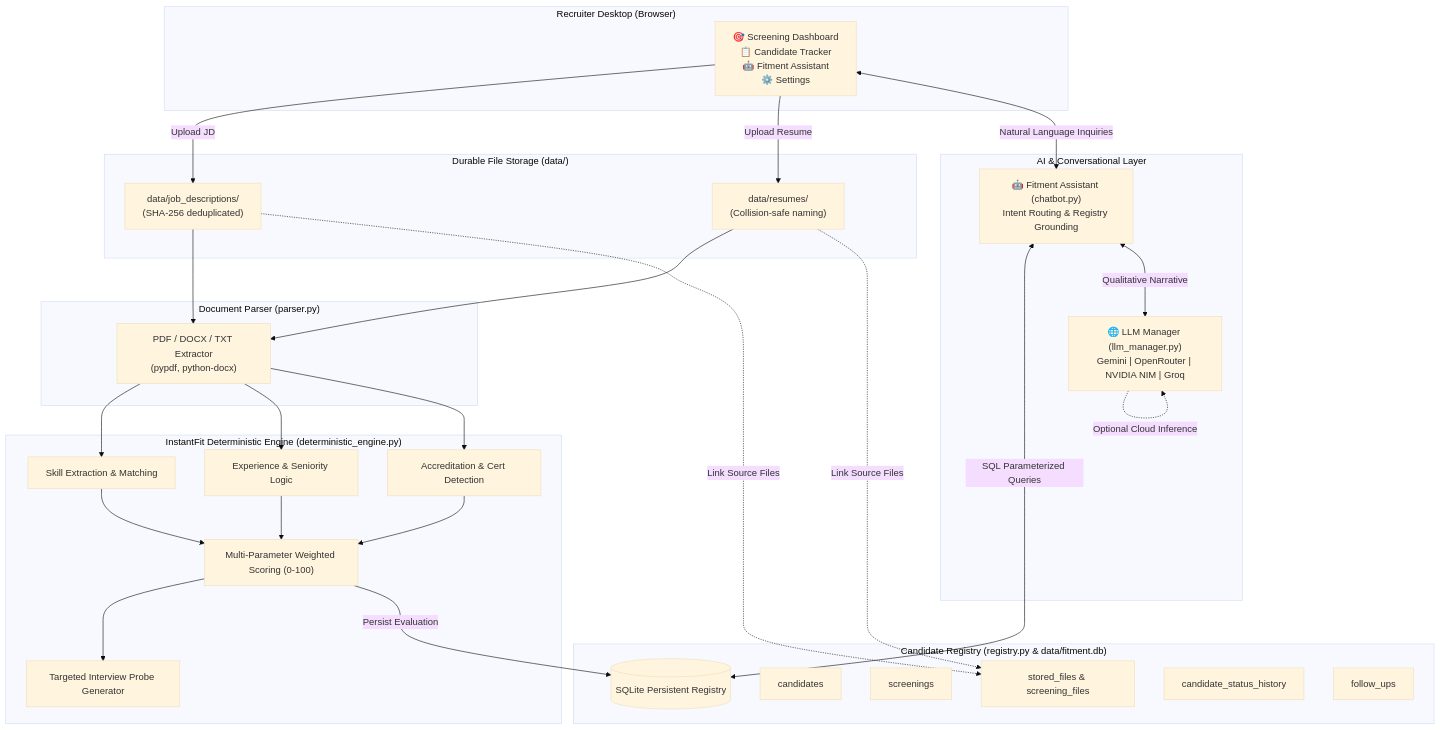
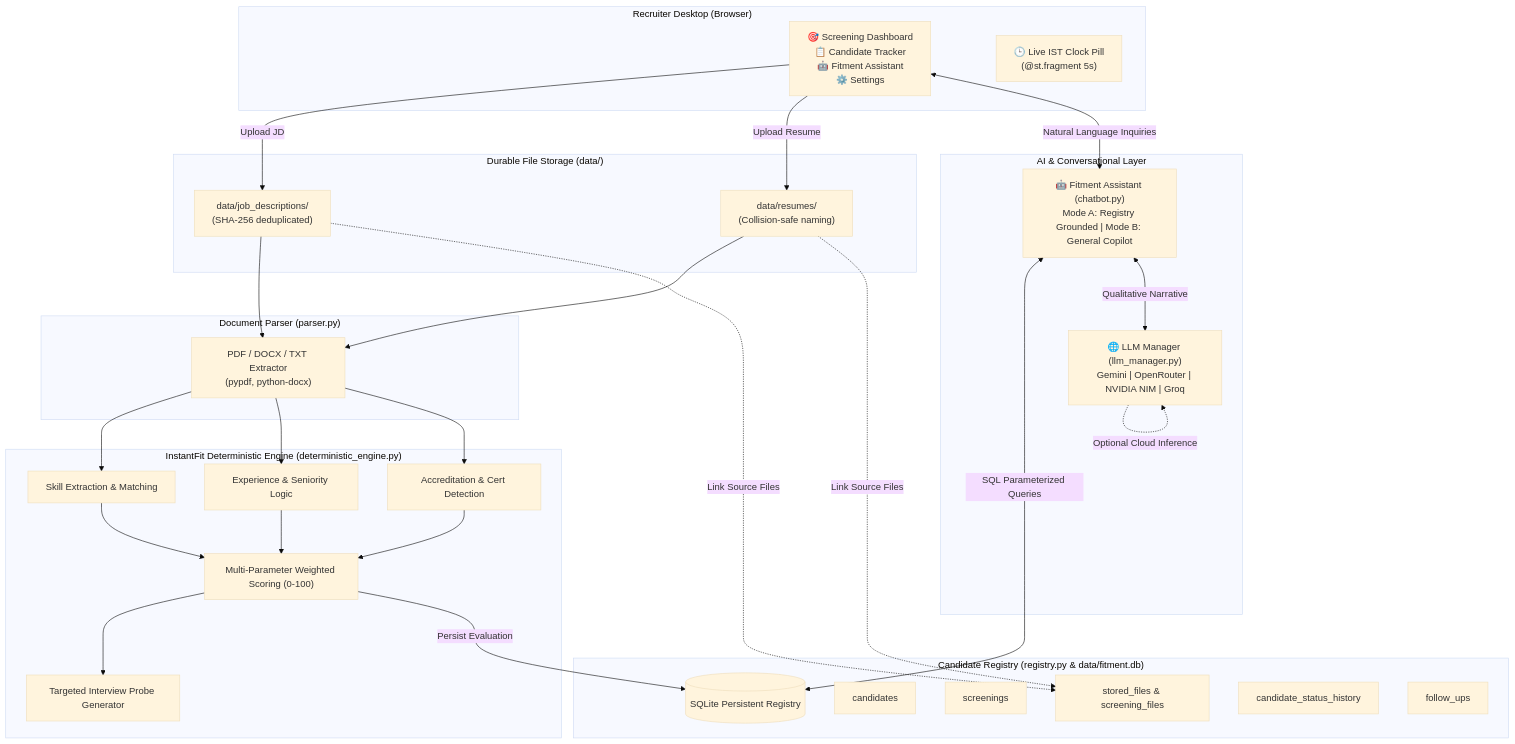
Before and after one commit to tarun1-github/Resume-Screening: the diagram in README.md, drawn with Mermaid (base theme). The commit also changed other lines of this file and 47 other files, not shown here.

First line of the commit message:
docs: complete architecture knowledge base, learning vault, and technical documentation refresh

````diff
--- a/README.md
+++ b/README.md
@@ -16,58 +16,59 @@
 ```mermaid
 flowchart TD
     subgraph RecruiterWorkspace ["Recruiter Desktop (Browser)"]
         UI["🎯 Screening Dashboard<br/>📋 Candidate Tracker<br/>🤖 Fitment Assistant<br/>⚙️ Settings"]
+        Clock["🕒 Live IST Clock Pill<br/>(@st.fragment 5s)"]
     end
 
     subgraph StorageLayer ["Durable File Storage (data/)"]
         JD_STORE["data/job_descriptions/<br/>(SHA-256 deduplicated)"]
         CV_STORE["data/resumes/<br/>(Collision-safe naming)"]
     end
 
     subgraph Ingestion ["Document Parser (parser.py)"]
         PARSER["PDF / DOCX / TXT Extractor<br/>(pypdf, python-docx)"]
     end
 
     subgraph DeterministicCore ["InstantFit Deterministic Engine (deterministic_engine.py)"]
         SKILL_MAP["Skill Extraction & Matching"]
         EXP_CALC["Experience & Seniority Logic"]
         CERT_VERIF["Accreditation & Cert Detection"]
         SCORE_SYNTH["Multi-Parameter Weighted Scoring (0-100)"]
         PROBE_GEN["Targeted Interview Probe Generator"]
     end
 
     subgraph RegistryCore ["Candidate Registry (registry.py & data/fitment.db)"]
         DB[(SQLite Persistent Registry)]
         CAND_TBL["candidates"]
         SCREEN_TBL["screenings"]
         FILES_TBL["stored_files & screening_files"]
         STATUS_TBL["candidate_status_history"]
         FU_TBL["follow_ups"]
     end
 
     subgraph AIIntelligence ["AI & Conversational Layer"]
-        BOT["🤖 Fitment Assistant (chatbot.py)<br/>Intent Routing & Registry Grounding"]
+        BOT["🤖 Fitment Assistant (chatbot.py)<br/>Mode A: Registry Grounded | Mode B: General Copilot"]
         LLM_MGR["🌐 LLM Manager (llm_manager.py)<br/>Gemini | OpenRouter | NVIDIA NIM | Groq"]
     end
 
     UI -->|Upload JD| JD_STORE
     UI -->|Upload Resume| CV_STORE
     JD_STORE --> PARSER
     CV_STORE --> PARSER
     PARSER --> SKILL_MAP
     PARSER --> EXP_CALC
     PARSER --> CERT_VERIF
     SKILL_MAP --> SCORE_SYNTH
     EXP_CALC --> SCORE_SYNTH
     CERT_VERIF --> SCORE_SYNTH
     SCORE_SYNTH --> PROBE_GEN
 
     SCORE_SYNTH -->|Persist Evaluation| DB
     JD_STORE -.->|Link Source Files| FILES_TBL
     CV_STORE -.->|Link Source Files| FILES_TBL
 
     UI <-->|Natural Language Inquiries| BOT
     BOT <-->|SQL Parameterized Queries| DB
     BOT <-->|Qualitative Narrative| LLM_MGR
     LLM_MGR -.->|Optional Cloud Inference| LLM_MGR
 ```
````
